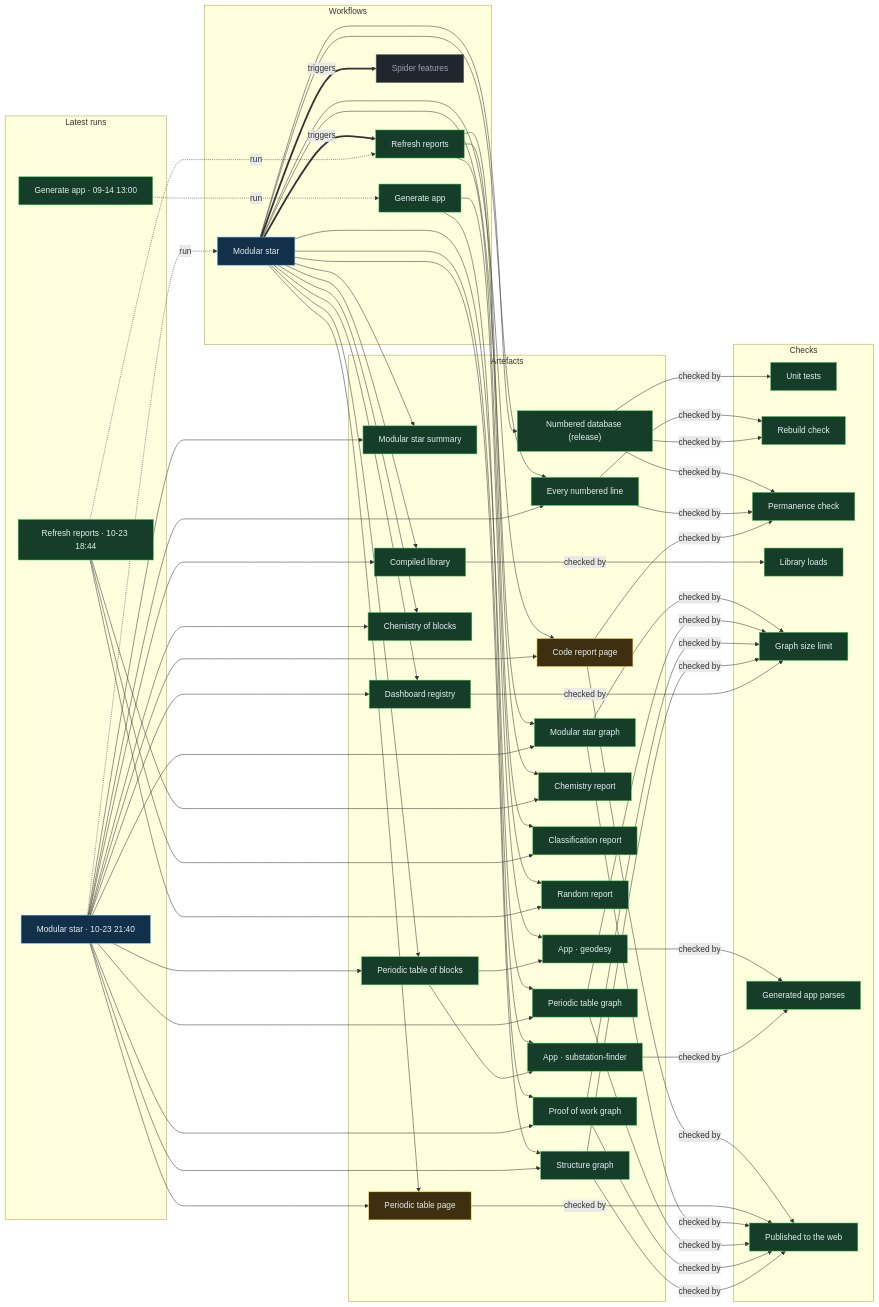
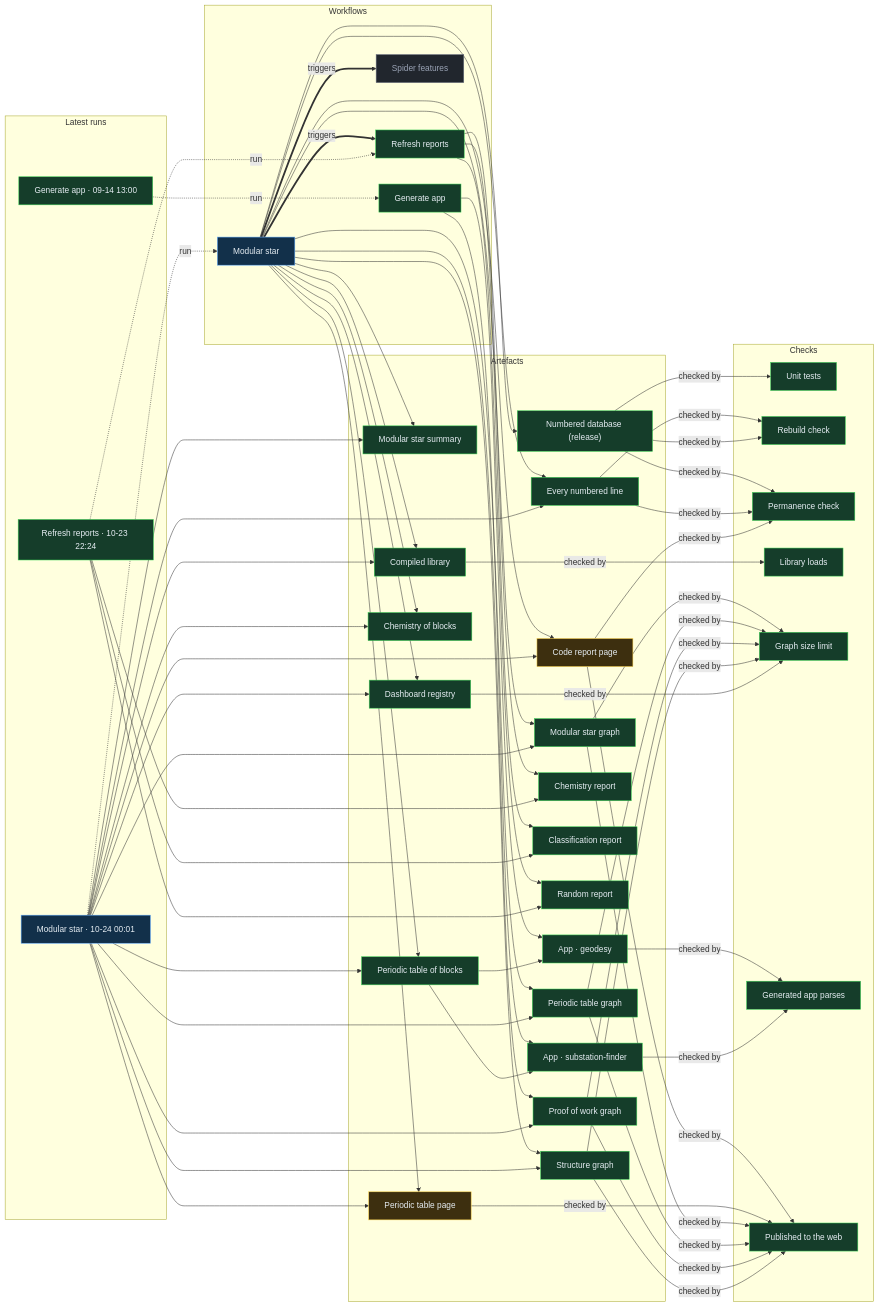
The diagram in proof/PROOF.md (Ventusltd/stars), drawn with Mermaid before and after one commit. The commit also changed other lines of this file and 33 other files, not shown here.

Commit message:
Modular star 2026-10-24T00:03Z

```diff
--- a/proof/PROOF.md
+++ b/proof/PROOF.md
@@ -24,8 +24,8 @@
   n_wf_spider_features["Spider features"]:::off
   end
   subgraph g_runs["Latest runs"]
-  n_run_40028501180["Modular star · 10-23 21:40"]:::live
-  n_run_40005759409["Refresh reports · 10-23 18:44"]:::ok
+  n_run_40042825735["Modular star · 10-24 00:01"]:::live
+  n_run_40033368660["Refresh reports · 10-23 22:24"]:::ok
   n_run_34846587798["Generate app · 09-14 13:00"]:::ok
   end
   subgraph g_artefacts["Artefacts"]
@@ -59,39 +59,39 @@
   end
   n_wf_modular_star == triggers ==> n_wf_refresh
   n_wf_modular_star == triggers ==> n_wf_spider_features
-  n_run_40028501180 -. run .-> n_wf_modular_star
-  n_run_40005759409 -. run .-> n_wf_refresh
+  n_run_40042825735 -. run .-> n_wf_modular_star
+  n_run_40033368660 -. run .-> n_wf_refresh
   n_run_34846587798 -. run .-> n_wf_generate
   n_wf_modular_star --> n_art_summary
-  n_run_40028501180 --> n_art_summary
+  n_run_40042825735 --> n_art_summary
   n_wf_modular_star --> n_art_lines
-  n_run_40028501180 --> n_art_lines
+  n_run_40042825735 --> n_art_lines
   n_wf_modular_star --> n_art_code
-  n_run_40028501180 --> n_art_code
+  n_run_40042825735 --> n_art_code
   n_wf_modular_star --> n_art_modular_graph
-  n_run_40028501180 --> n_art_modular_graph
+  n_run_40042825735 --> n_art_modular_graph
   n_wf_modular_star --> n_art_blocks
-  n_run_40028501180 --> n_art_blocks
+  n_run_40042825735 --> n_art_blocks
   n_wf_modular_star --> n_art_table
-  n_run_40028501180 --> n_art_table
+  n_run_40042825735 --> n_art_table
   n_wf_modular_star --> n_art_blocks_graph
-  n_run_40028501180 --> n_art_blocks_graph
+  n_run_40042825735 --> n_art_blocks_graph
   n_wf_modular_star --> n_art_reactions
-  n_run_40028501180 --> n_art_reactions
+  n_run_40042825735 --> n_art_reactions
   n_wf_modular_star --> n_art_library
-  n_run_40028501180 --> n_art_library
+  n_run_40042825735 --> n_art_library
   n_wf_modular_star --> n_art_features
-  n_run_40028501180 --> n_art_features
+  n_run_40042825735 --> n_art_features
   n_wf_modular_star --> n_art_proof
-  n_run_40028501180 --> n_art_proof
+  n_run_40042825735 --> n_art_proof
   n_wf_modular_star --> n_art_structure
-  n_run_40028501180 --> n_art_structure
+  n_run_40042825735 --> n_art_structure
   n_wf_refresh --> n_art_chemistry
-  n_run_40005759409 --> n_art_chemistry
+  n_run_40033368660 --> n_art_chemistry
   n_wf_refresh --> n_art_vedic
-  n_run_40005759409 --> n_art_vedic
+  n_run_40033368660 --> n_art_vedic
   n_wf_refresh --> n_art_random
-  n_run_40005759409 --> n_art_random
+  n_run_40033368660 --> n_art_random
   n_wf_modular_star --> n_art_release
   n_wf_generate --> n_app_geodesy
   n_art_blocks --> n_app_geodesy
```
